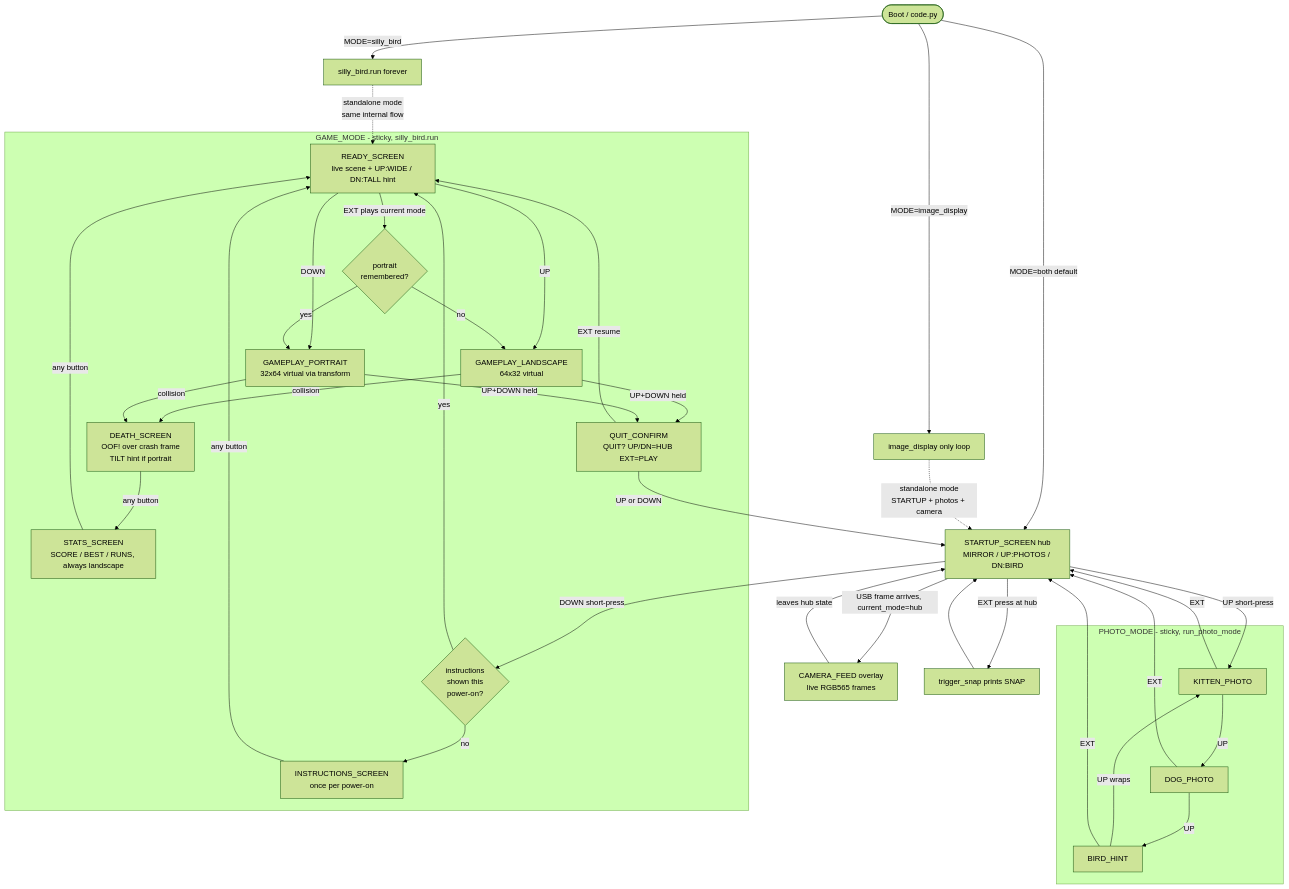
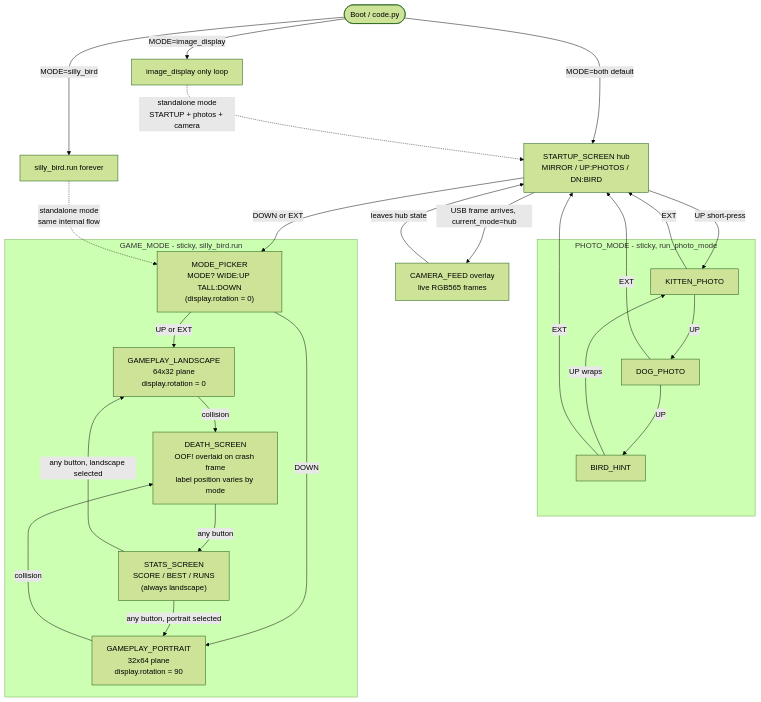
One commit to deangoodmanson/MatrixPortalDemos changed the diagram in matrix-portal/NAVIGATION.md. Above: the diagram before and after it, drawn with Mermaid (forest theme). The commit also changed other lines of this file and 2 other files, not shown here.

````diff
--- a/matrix-portal/NAVIGATION.md
+++ b/matrix-portal/NAVIGATION.md
@@ -29,61 +27,46 @@
 ```mermaid
 graph TD
     BOOT([Boot / code.py])
     BOOT -->|MODE=silly_bird| SB_LOOP[silly_bird.run forever]
     BOOT -->|MODE=image_display| ID_LOOP[image_display only loop]
     BOOT -->|MODE=both default| STARTUP
 
     STARTUP["STARTUP_SCREEN hub<br/>MIRROR / UP:PHOTOS / DN:BIRD"]
 
     STARTUP -->|USB frame arrives, current_mode=hub| CAMERA["CAMERA_FEED overlay<br/>live RGB565 frames"]
     CAMERA -->|leaves hub state| STARTUP
-    STARTUP -->|EXT press at hub| SNAP[trigger_snap prints SNAP]
-    SNAP --> STARTUP
 
     STARTUP -->|UP short-press| PM_KITTEN
 
     subgraph PHOTO_MODE [PHOTO_MODE - sticky, run_photo_mode]
         PM_KITTEN["KITTEN_PHOTO"]
         PM_DOG["DOG_PHOTO"]
         PM_HINT["BIRD_HINT"]
         PM_KITTEN -->|UP| PM_DOG
         PM_DOG -->|UP| PM_HINT
         PM_HINT -->|UP wraps| PM_KITTEN
     end
     PM_KITTEN -->|EXT| STARTUP
     PM_DOG -->|EXT| STARTUP
     PM_HINT -->|EXT| STARTUP
 
-    STARTUP -->|DOWN short-press| GAME_ENTRY{instructions<br/>shown this<br/>power-on?}
+    STARTUP -->|DOWN or EXT| PICKER
 
     subgraph GAME_MODE [GAME_MODE - sticky, silly_bird.run]
-        GAME_ENTRY -->|no| INSTR["INSTRUCTIONS_SCREEN<br/>once per power-on"]
-        GAME_ENTRY -->|yes| READY
-        INSTR -->|any button| READY
-
-        READY["READY_SCREEN<br/>live scene + UP:WIDE / DN:TALL hint"]
-        READY -->|UP| GAME_L["GAMEPLAY_LANDSCAPE<br/>64x32 virtual"]
-        READY -->|DOWN| GAME_P["GAMEPLAY_PORTRAIT<br/>32x64 virtual via transform"]
-        READY -->|EXT plays current mode| GAME_CURR{portrait<br/>remembered?}
-        GAME_CURR -->|no| GAME_L
-        GAME_CURR -->|yes| GAME_P
+        PICKER["MODE_PICKER<br/>MODE? WIDE:UP TALL:DOWN<br/>(display.rotation = 0)"]
+        PICKER -->|UP or EXT| GAME_L["GAMEPLAY_LANDSCAPE<br/>64x32 plane<br/>display.rotation = 0"]
+        PICKER -->|DOWN| GAME_P["GAMEPLAY_PORTRAIT<br/>32x64 plane<br/>display.rotation = 90"]
 
         GAME_L -->|collision| DEATH
         GAME_P -->|collision| DEATH
-        GAME_L -->|UP+DOWN held| QUIT
-        GAME_P -->|UP+DOWN held| QUIT
 
-        QUIT["QUIT_CONFIRM<br/>QUIT? UP/DN=HUB EXT=PLAY"]
-        QUIT -->|EXT resume| READY
-
-        DEATH["DEATH_SCREEN<br/>OOF! over crash frame<br/>TILT hint if portrait"]
+        DEATH["DEATH_SCREEN<br/>OOF! overlaid on crash frame<br/>label position varies by mode"]
         DEATH -->|any button| STATS
-        STATS["STATS_SCREEN<br/>SCORE / BEST / RUNS, always landscape"]
-        STATS -->|any button| READY
+        STATS["STATS_SCREEN<br/>SCORE / BEST / RUNS<br/>(always landscape)"]
+        STATS -->|any button, landscape selected| GAME_L
+        STATS -->|any button, portrait selected| GAME_P
     end
 
-    QUIT -->|UP or DOWN| STARTUP
-
-    SB_LOOP -.->|standalone mode<br/>same internal flow| READY
+    SB_LOOP -.->|standalone mode<br/>same internal flow| PICKER
     ID_LOOP -.->|standalone mode<br/>STARTUP + photos + camera| STARTUP
 ```
````
